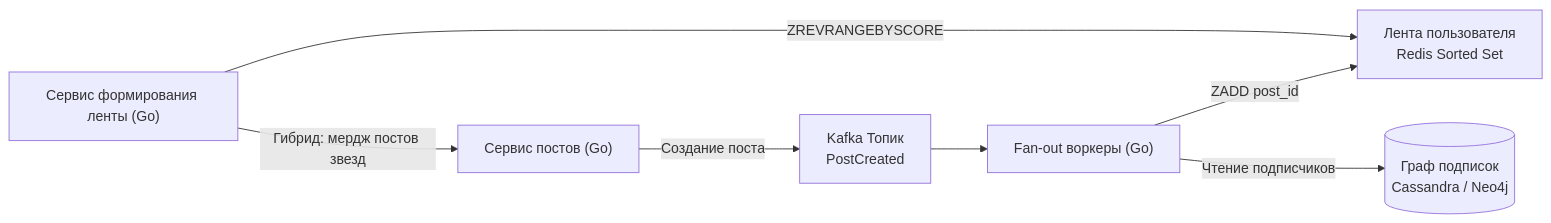
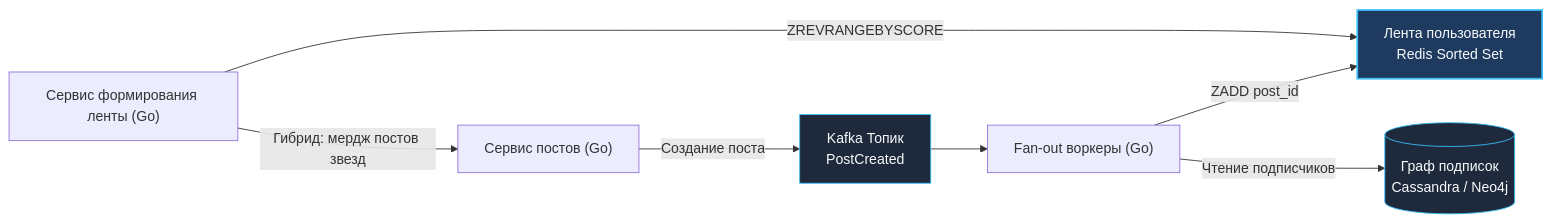
The third of 10 diagrams in sources/11. Архитектура и System Design/52. Разбор типичных System Design задач.md (UnrealTemplier/go-textbook), drawn with Mermaid before and after one commit. The commit also changed other lines of this file and 1666 other files, not shown here.

First line of the commit message:
feat(mermaid): add semantic color classDef to 1369 colorless flowchart/graph diagrams

````diff
--- a/sources/11. Архитектура и System Design/52. Разбор типичных System Design задач.md
+++ b/sources/11. Архитектура и System Design/52. Разбор типичных System Design задач.md
@@ -167,16 +187,26 @@
 ```mermaid
 flowchart LR
+    classDef process  fill:#1e293b,stroke:#38bdf8,stroke-width:1px,color:#f8fafc
+    classDef success  fill:#064e3b,stroke:#34d399,stroke-width:1px,color:#f8fafc
+    classDef error    fill:#7f1d1d,stroke:#f87171,stroke-width:1px,color:#f8fafc
+    classDef warning  fill:#78350f,stroke:#fbbf24,stroke-width:1px,color:#f8fafc
+    classDef entry    fill:#1e3a5f,stroke:#38bdf8,stroke-width:2px,color:#f8fafc
+    classDef aux      fill:#334155,stroke:#64748b,stroke-width:1px,color:#f8fafc
+    classDef system   fill:#312e81,stroke:#a78bfa,stroke-width:1px,color:#f8fafc
+    classDef data     fill:#132d29,stroke:#2dd4bf,stroke-width:1px,color:#f8fafc
+    classDef network  fill:#881337,stroke:#fb7185,stroke-width:1px,color:#f8fafc
+    classDef accent   fill:#1e1b4b,stroke:#818cf8,stroke-width:1px,color:#f8fafc
     PostSvc["Сервис постов (Go)"]
-    Kafka["Kafka Топик<br>PostCreated"]
+    Kafka["Kafka Топик<br>PostCreated"]:::process
     Worker["Fan-out воркеры (Go)"]
-    TimelineCache["Лента пользователя<br>Redis Sorted Set"]
+    TimelineCache["Лента пользователя<br>Redis Sorted Set"]:::entry
     FeedSvc["Сервис формирования ленты (Go)"]
-    GraphDB[("Граф подписок<br>Cassandra / Neo4j")]
+    GraphDB[("Граф подписок<br>Cassandra / Neo4j")]:::process
 
     PostSvc -->|"Создание поста"| Kafka
     Kafka --> Worker
     Worker -->|"Чтение подписчиков"| GraphDB
     Worker -->|"ZADD post_id"| TimelineCache
     FeedSvc -->|"ZREVRANGEBYSCORE"| TimelineCache
     FeedSvc -->|"Гибрид: мердж постов звезд"| PostSvc
 ```
````
